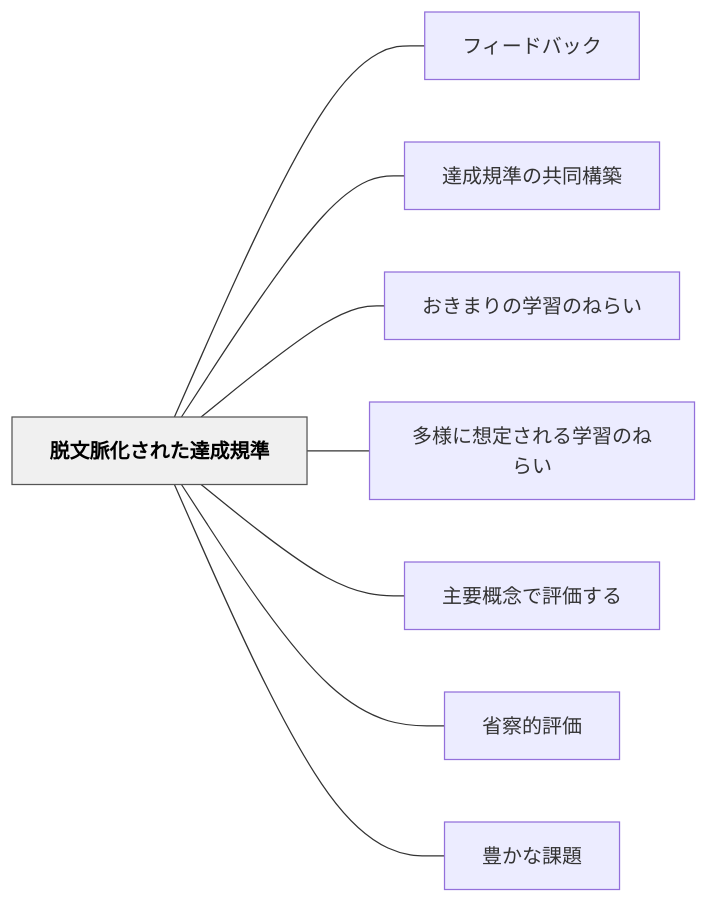
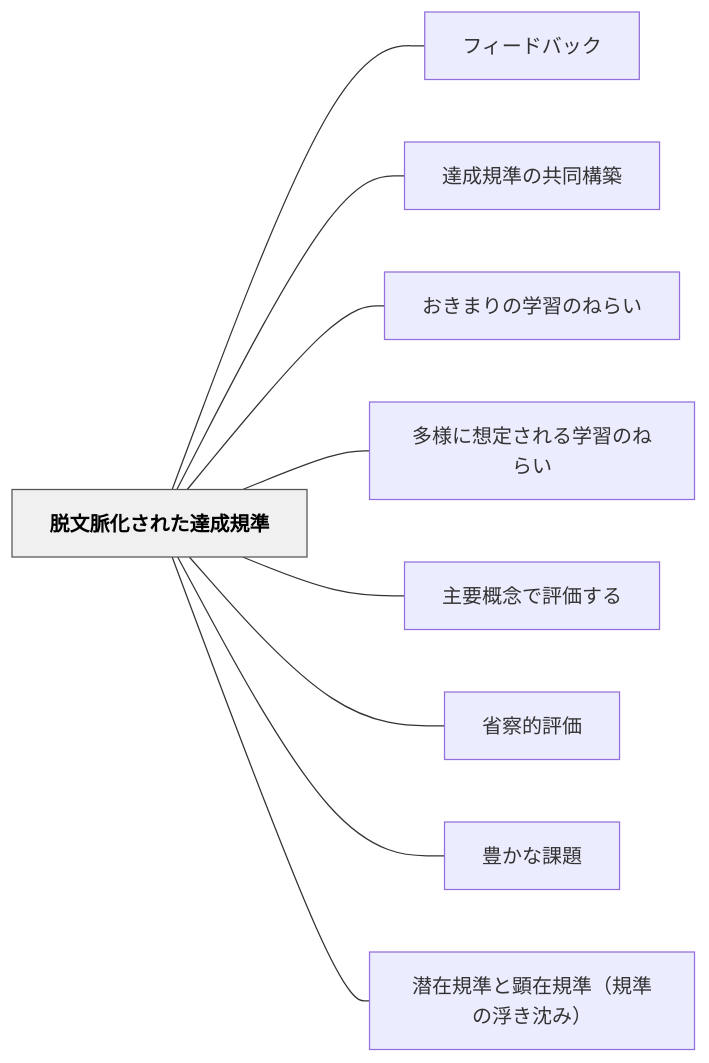
Before and after one commit to unknownthings-ed-patterns/unknownthings-ed-patterns: the diagram in content/パタン/脱文脈化された達成規準.md, drawn with Mermaid. The commit also changed other lines of this file and 42 other files, not shown here.

````diff
--- a/content/パタン/脱文脈化された達成規準.md
+++ b/content/パタン/脱文脈化された達成規準.md
@@ -44,22 +44,24 @@
 ```mermaid
 flowchart LR
     ne884b1e69687e88488e58c96e38195e3828ce3819fe98194e68890e8a68fe6ba96["脱文脈化された達成規準"]
     ne38395e382a3e383bce38389e38390e38383e382af["フィードバック"]
     ne98194e68890e8a68fe6ba96e381aee585b1e5908ce6a78be7af89["達成規準の共同構築"]
     ne3818ae3818de381bee3828ae381aee5ada6e7bf92e381aee381ade38289e38184["おきまりの学習のねらい"]
     ne5a49ae6a798e381abe683b3e5ae9ae38195e3828ce3828be5ada6e7bf92e381aee381ade38289e38184["多様に想定される学習のねらい"]
     ne4b8bbe8a681e6a682e5bfb5e381a7e8a995e4bea1e38199e3828b["主要概念で評価する"]
     ne79c81e5af9fe79a84e8a995e4bea1["省察的評価"]
     ne8b18ae3818be381aae8aab2e9a18c["豊かな課題"]
+    ne6bd9ce59ca8e8a68fe6ba96e381a8e9a195e59ca8e8a68fe6ba96efbc88e8a68fe6ba96e381aee6b5aee3818de6b288e381bfefbc89["潜在規準と顕在規準（規準の浮き沈み）"]
 
     ne884b1e69687e88488e58c96e38195e3828ce3819fe98194e68890e8a68fe6ba96 --- ne38395e382a3e383bce38389e38390e38383e382af
     ne884b1e69687e88488e58c96e38195e3828ce3819fe98194e68890e8a68fe6ba96 --- ne98194e68890e8a68fe6ba96e381aee585b1e5908ce6a78be7af89
     ne884b1e69687e88488e58c96e38195e3828ce3819fe98194e68890e8a68fe6ba96 --- ne3818ae3818de381bee3828ae381aee5ada6e7bf92e381aee381ade38289e38184
     ne884b1e69687e88488e58c96e38195e3828ce3819fe98194e68890e8a68fe6ba96 --- ne5a49ae6a798e381abe683b3e5ae9ae38195e3828ce3828be5ada6e7bf92e381aee381ade38289e38184
     ne884b1e69687e88488e58c96e38195e3828ce3819fe98194e68890e8a68fe6ba96 --- ne4b8bbe8a681e6a682e5bfb5e381a7e8a995e4bea1e38199e3828b
     ne884b1e69687e88488e58c96e38195e3828ce3819fe98194e68890e8a68fe6ba96 --- ne79c81e5af9fe79a84e8a995e4bea1
     ne884b1e69687e88488e58c96e38195e3828ce3819fe98194e68890e8a68fe6ba96 --- ne8b18ae3818be381aae8aab2e9a18c
+    ne884b1e69687e88488e58c96e38195e3828ce3819fe98194e68890e8a68fe6ba96 --- ne6bd9ce59ca8e8a68fe6ba96e381a8e9a195e59ca8e8a68fe6ba96efbc88e8a68fe6ba96e381aee6b5aee3818de6b288e381bfefbc89
 
     classDef hub fill:#f0f0f0,stroke:#555,color:#000,font-weight:bold
     class ne884b1e69687e88488e58c96e38195e3828ce3819fe98194e68890e8a68fe6ba96 hub
 ```
````
